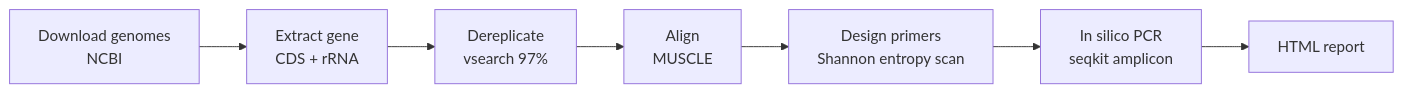
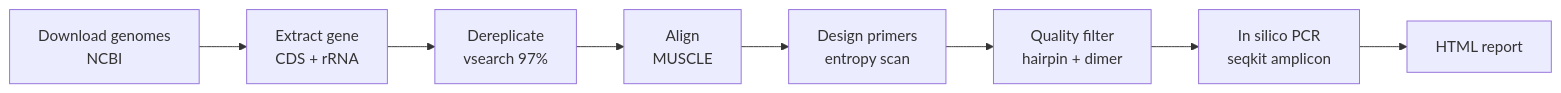
One commit to Xinming9606/AmPrime changed the diagram in README.md. Above: the diagram before and after it, drawn with Mermaid. The commit also changed other lines of this file and 21 other files, not shown here.

````diff
--- a/README.md
+++ b/README.md
@@ -16,9 +29,10 @@
 ```mermaid
 flowchart LR
     A[Download genomes<br/>NCBI] --> B[Extract gene<br/>CDS + rRNA]
     B --> C[Dereplicate<br/>vsearch 97%]
     C --> D[Align<br/>MUSCLE]
-    D --> E[Design primers<br/>Shannon entropy scan]
-    E --> F[In silico PCR<br/>seqkit amplicon]
-    F --> G[HTML report]
+    D --> E[Design primers<br/>entropy scan]
+    E --> F[Quality filter<br/>hairpin + dimer]
+    F --> G[In silico PCR<br/>seqkit amplicon]
+    G --> H[HTML report]
 ```
````
